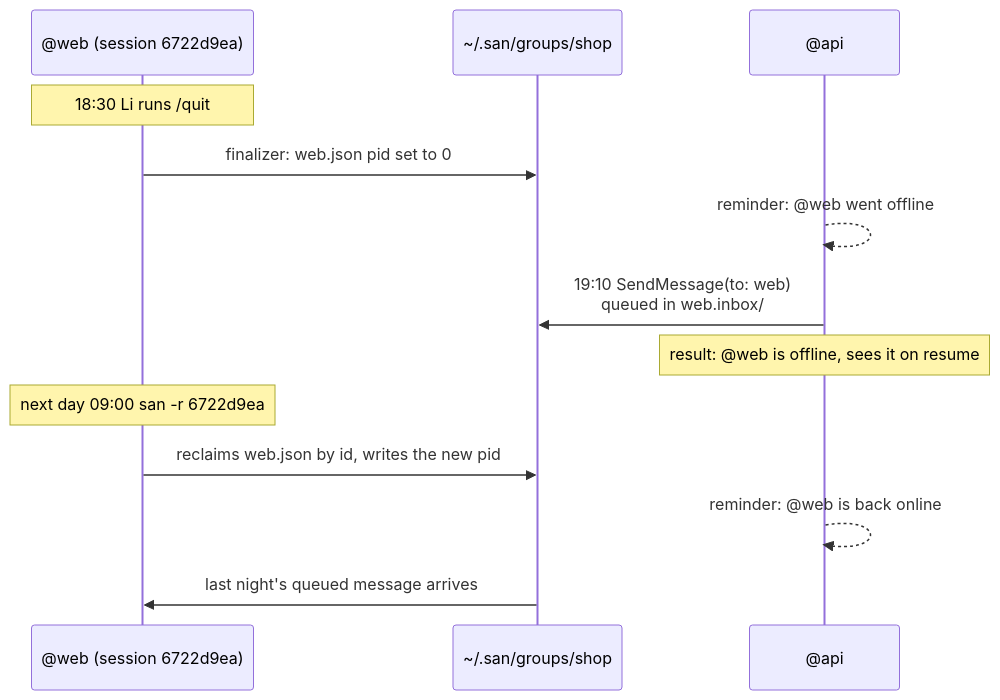
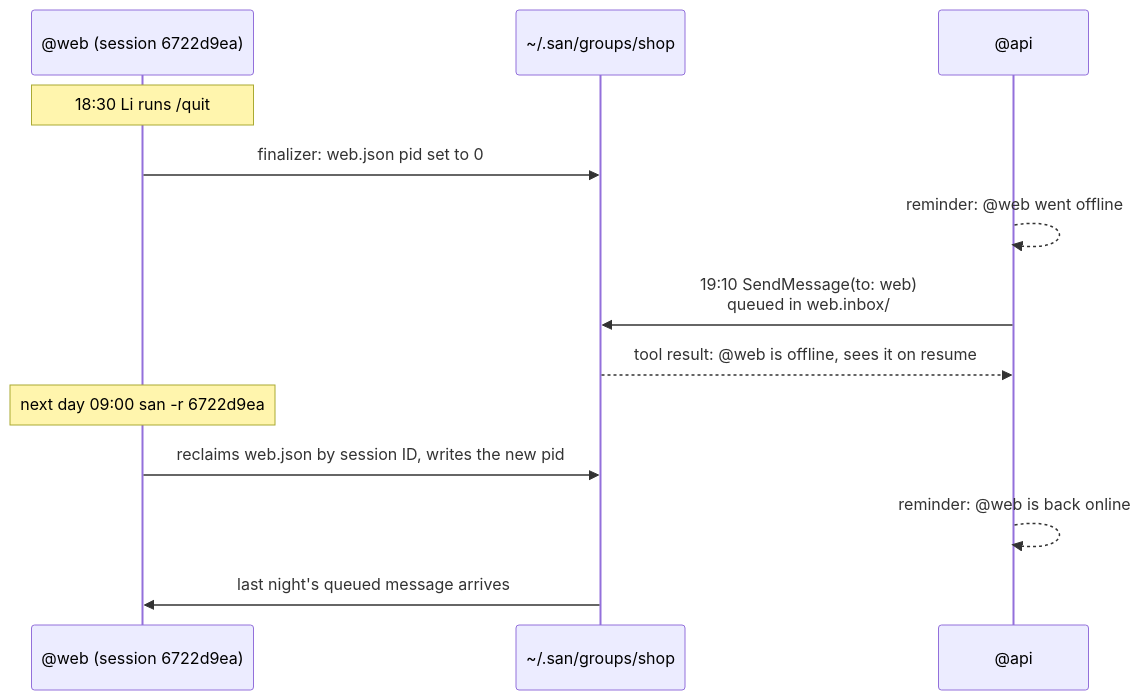
One commit to genai-io/san changed the fourth of 5 diagrams in docs/design/proposals/0003-session-groups.md. Above: the diagram before and after it, drawn with Mermaid. The commit also changed other lines of this file and 1 other file, not shown here.

First line of the commit message:
docs(design): PROP-0003 — session ID as identity, email-style messages

````diff
--- a/docs/design/proposals/0003-session-groups.md
+++ b/docs/design/proposals/0003-session-groups.md
@@ -233,15 +242,15 @@
 ```mermaid
 sequenceDiagram
     participant W as @web (session 6722d9ea)
     participant FS as ~/.san/groups/shop
     participant A as @api
     Note over W: 18:30 Li runs /quit
     W->>FS: finalizer: web.json pid set to 0
     A-->>A: reminder: @web went offline
     A->>FS: 19:10 SendMessage(to: web)<br/>queued in web.inbox/
-    Note over A: result: @web is offline, sees it on resume
+    FS-->>A: tool result: @web is offline, sees it on resume
     Note over W: next day 09:00 san -r 6722d9ea
-    W->>FS: reclaims web.json by id, writes the new pid
+    W->>FS: reclaims web.json by session ID, writes the new pid
     A-->>A: reminder: @web is back online
     FS->>W: last night's queued message arrives
 ```
````
